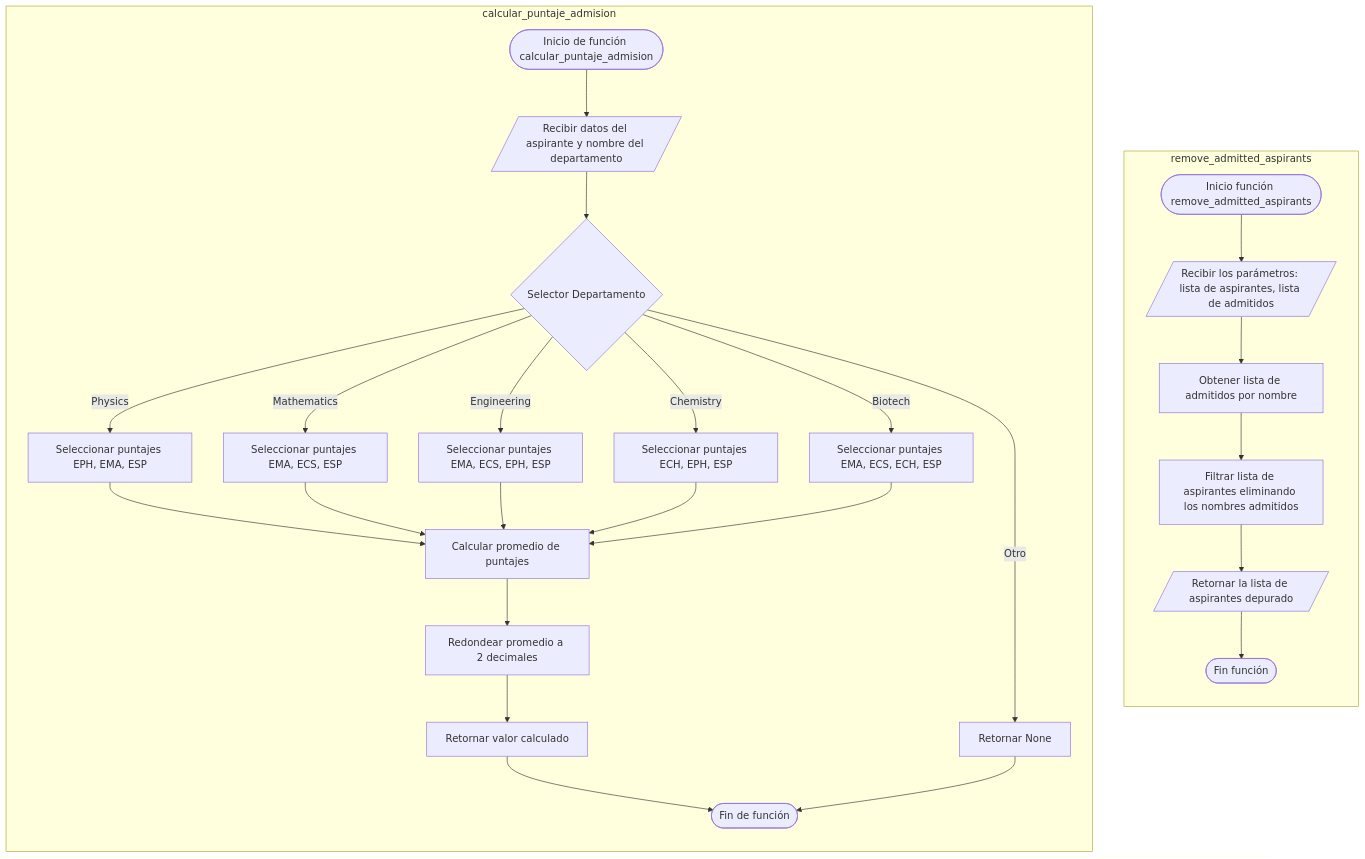
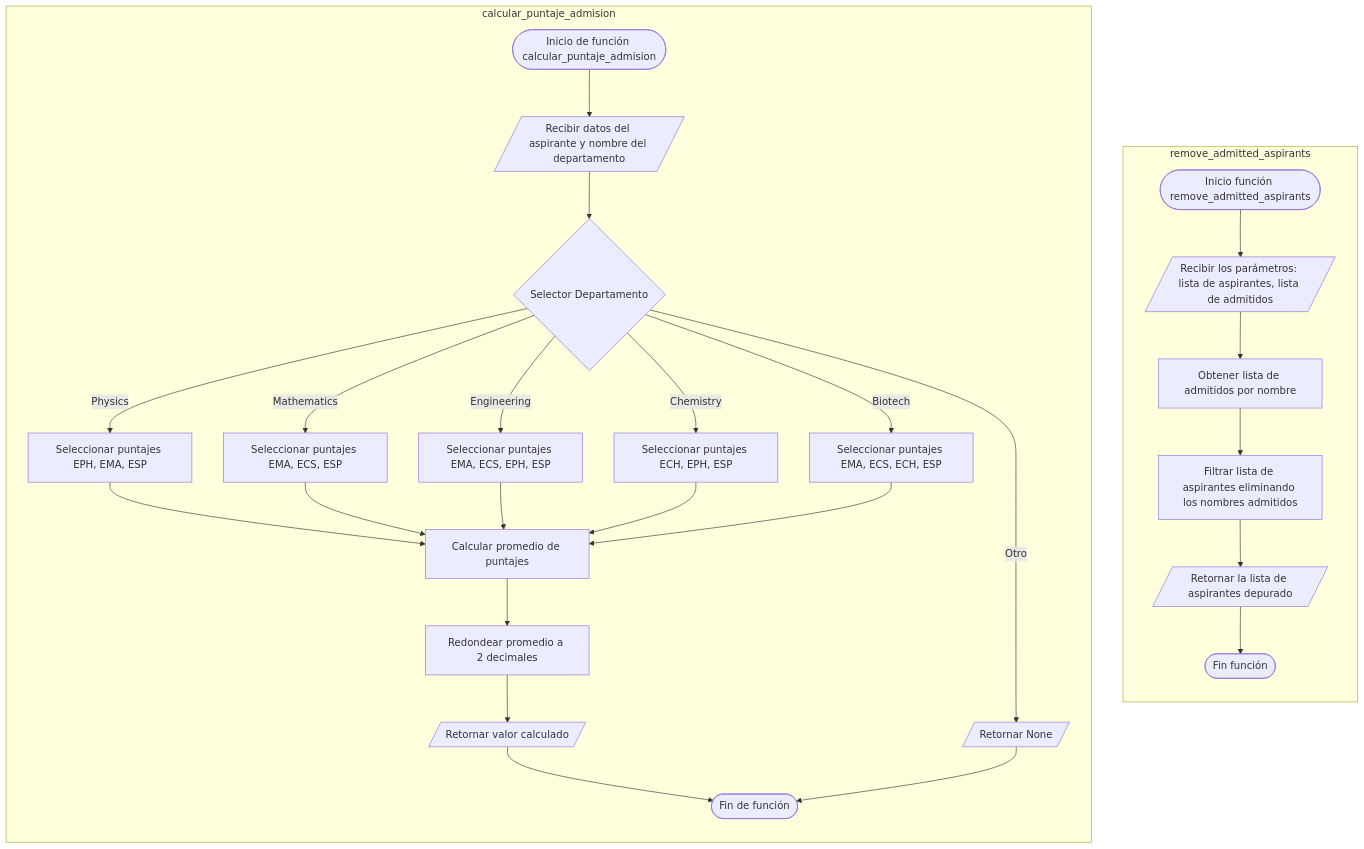
Before and after one commit to vshalisko/PythonIntro: the diagram in Unidad_3/Proyecto_3_funciones.mermaid, drawn with Mermaid.

```diff
--- a/Unidad_3/Proyecto_3_funciones.mermaid
+++ b/Unidad_3/Proyecto_3_funciones.mermaid
@@ -1,34 +1,34 @@
 flowchart TD
 
 subgraph remove_admitted_aspirants
 direction TB
 R0([Inicio función remove_admitted_aspirants]) --> R1
 R1[/Recibir los parámetros: lista de aspirantes, lista de admitidos/] --> R2
 R2[Obtener lista de admitidos por nombre] --> R3
 R3[Filtrar lista de aspirantes eliminando los nombres admitidos] --> R4
 R4[/Retornar la lista de aspirantes depurado/] --> R5
 R5([Fin función])
 end
 
 subgraph calcular_puntaje_admision
 direction TB
 A2([Inicio de función calcular_puntaje_admision]) --> B2
 B2[/Recibir datos del aspirante y nombre del departamento/] --> C2
 C2{Selector Departamento} -- Physics --> E21 
 C2 -- Mathematics --> E22
 C2 -- Engineering --> E23
 C2 -- Chemistry --> E24
 C2 -- Biotech --> E25
 C2 -- Otro --> F21
 
 E21[Seleccionar puntajes EPH, EMA, ESP] --> G2[Calcular promedio de puntajes]
 E22[Seleccionar puntajes EMA, ECS, ESP] --> G2
 E23[Seleccionar puntajes EMA, ECS, EPH, ESP] --> G2
 E24[Seleccionar puntajes ECH, EPH, ESP] --> G2
 E25[Seleccionar puntajes EMA, ECS, ECH, ESP] --> G2
 
 G2 --> H2[Redondear promedio a 2 decimales]
-H2 --> I2[Retornar valor calculado]
+H2 --> I2[/Retornar valor calculado/]
 I2 --> J2([Fin de función])
-F21[Retornar None] --> J2
+F21[/Retornar None/] --> J2
 end
```
